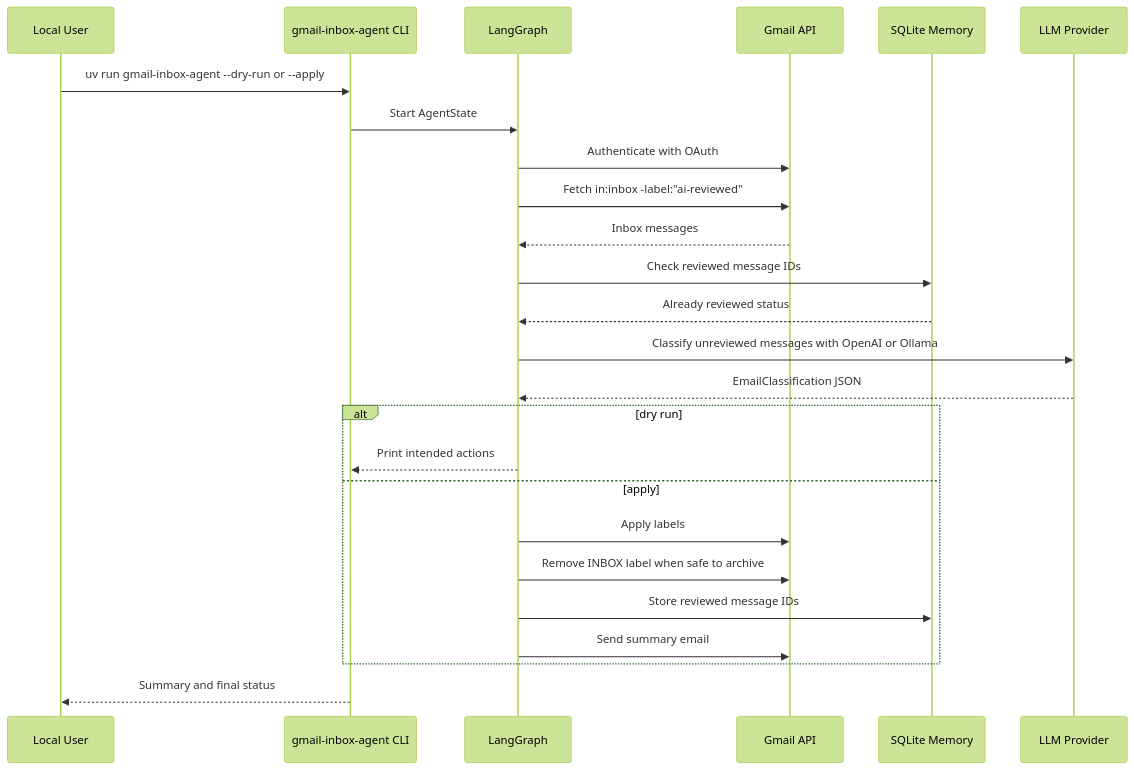
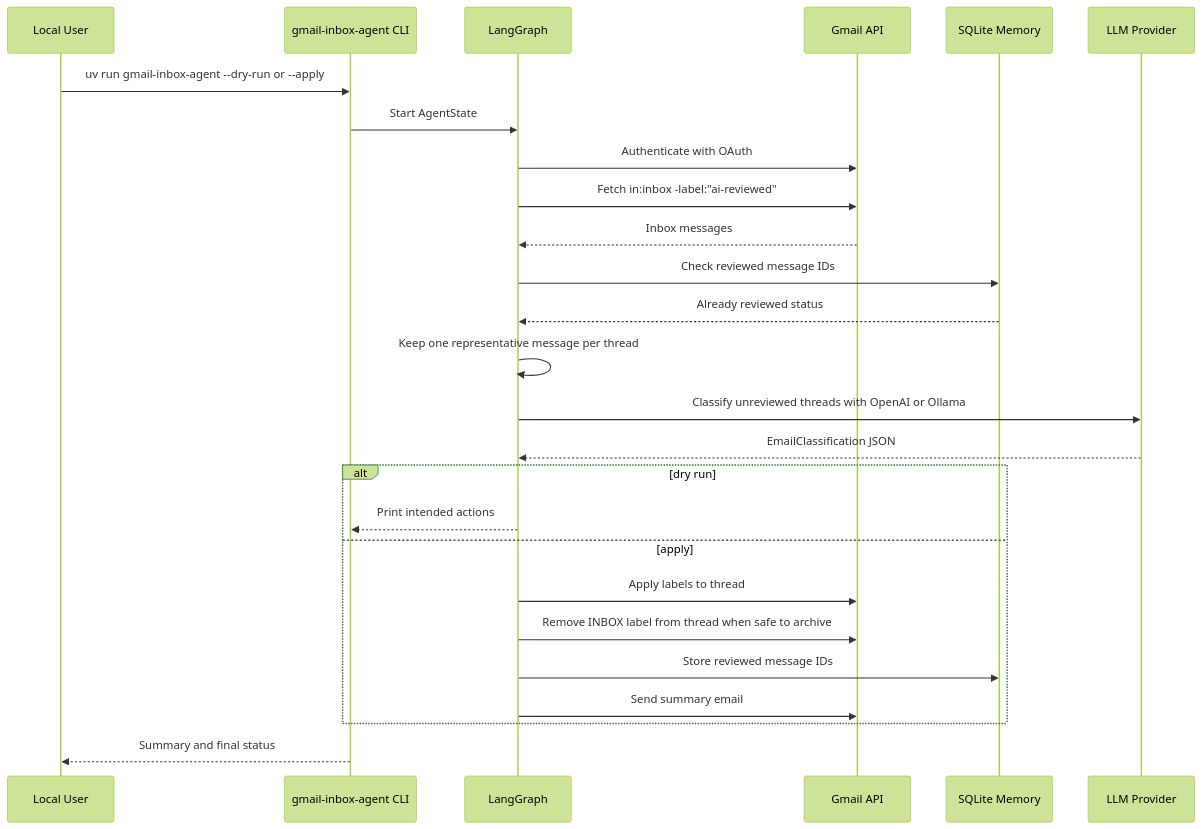
The third of 7 diagrams in gmail-inbox-agent/docs/Architecture.md (brandocomando/my_agentic_team), drawn with Mermaid (forest theme) before and after one commit. The commit also changed other lines of this file and 8 other files, not shown here.

Commit message:
fix(gmail-inbox-agent): Process Gmail threads once (#4)

````diff
--- a/gmail-inbox-agent/docs/Architecture.md
+++ b/gmail-inbox-agent/docs/Architecture.md
@@ -47,28 +47,29 @@
 ```mermaid
 sequenceDiagram
     participant User as Local User
     participant CLI as gmail-inbox-agent CLI
     participant Graph as LangGraph
     participant Gmail as Gmail API
     participant Memory as SQLite Memory
     participant LLM as LLM Provider
 
     User->>CLI: uv run gmail-inbox-agent --dry-run or --apply
     CLI->>Graph: Start AgentState
     Graph->>Gmail: Authenticate with OAuth
     Graph->>Gmail: Fetch in:inbox -label:"ai-reviewed"
     Gmail-->>Graph: Inbox messages
     Graph->>Memory: Check reviewed message IDs
     Memory-->>Graph: Already reviewed status
-    Graph->>LLM: Classify unreviewed messages with OpenAI or Ollama
+    Graph->>Graph: Keep one representative message per thread
+    Graph->>LLM: Classify unreviewed threads with OpenAI or Ollama
     LLM-->>Graph: EmailClassification JSON
     alt dry run
         Graph-->>CLI: Print intended actions
     else apply
-        Graph->>Gmail: Apply labels
-        Graph->>Gmail: Remove INBOX label when safe to archive
+        Graph->>Gmail: Apply labels to thread
+        Graph->>Gmail: Remove INBOX label from thread when safe to archive
         Graph->>Memory: Store reviewed message IDs
         Graph->>Gmail: Send summary email
     end
     CLI-->>User: Summary and final status
 ```
````
